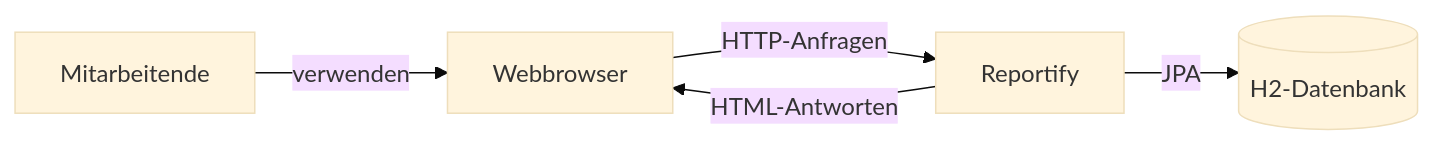
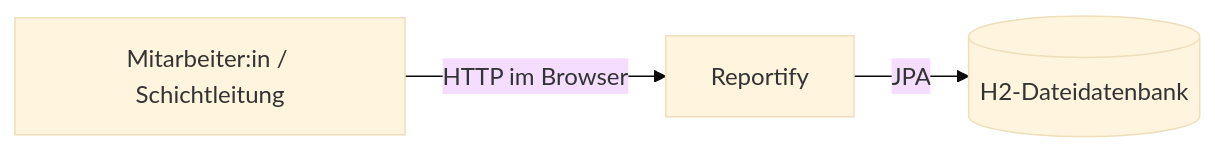
One commit to luisacordes2002-droid/Projekt-1- changed the first of 2 diagrams in docs/arch/README.md. Above: the diagram before and after it, drawn with Mermaid (base theme). The commit also changed other lines of this file and 21 other files, not shown here.

````diff
--- a/docs/arch/README.md
+++ b/docs/arch/README.md
@@ -41,7 +37,5 @@
 ```mermaid
 flowchart LR
-    U[Mitarbeitende] -->|verwenden| B[Webbrowser]
-    B -->|HTTP-Anfragen| R[Reportify]
-    R -->|HTML-Antworten| B
-    R -->|JPA| DB[(H2-Datenbank)]
+    U["Mitarbeiter:in / Schichtleitung"] -->|HTTP im Browser| R["Reportify"]
+    R -->|JPA| D[("H2-Dateidatenbank")]
 ```
````
